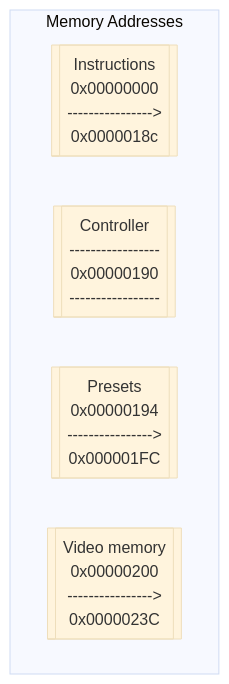
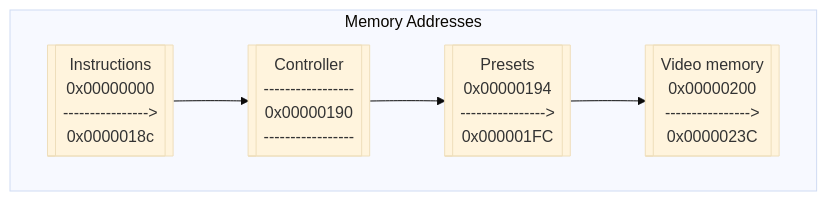
The second of 2 diagrams in README.md (StijnVerwoerd/RISC-V-Architecture-implementation-on-Circuitverse), drawn with Mermaid (base theme) before and after one commit. The commit also changed other lines of this file and 2 other files, not shown here.

````diff
--- a/README.md
+++ b/README.md
@@ -153,23 +153,24 @@
 ```mermaid
 
-graph TD
+graph LR
     subgraph Memory Addresses
+    direction LR
     Instructions[[Instructions
     0x00000000
     ---------------->
-    0x0000018c]]
+    0x0000018c]] -->
     Controller[[Controller
     -----------------
     0x00000190
-    -----------------]]
+    -----------------]] -->
     Presets[[Presets
     0x00000194
     ---------------->
-    0x000001FC]]
+    0x000001FC]] -->
     Video[[Video memory
     0x00000200
     ---------------->
     0x0000023C]]
     end
     
 ```
````
